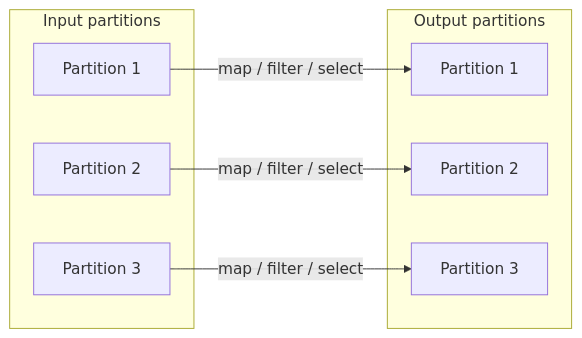
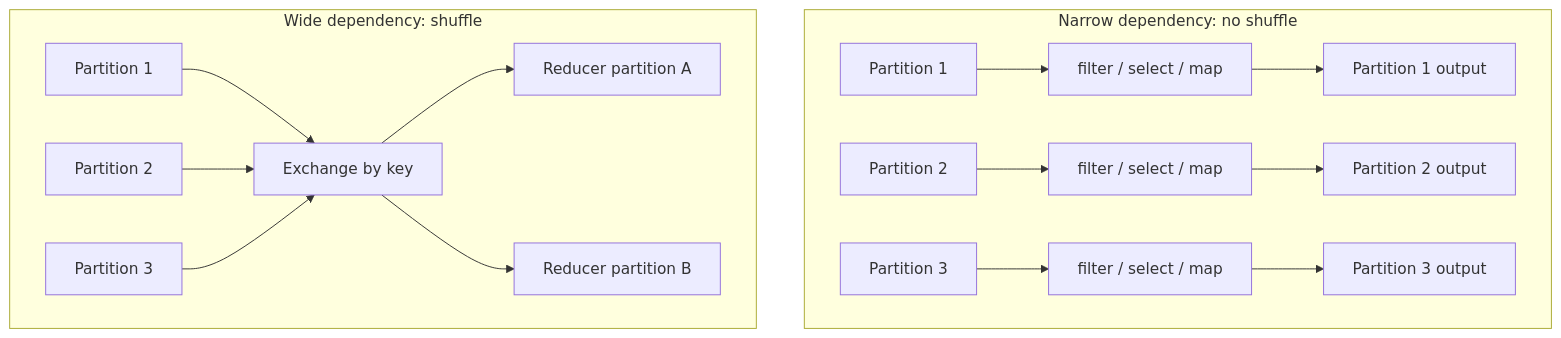
Before and after one commit to Ishan01official/spark-learning-lab: the diagram in diagrams/05_narrow_vs_wide_transformations.md, drawn with Mermaid. The commit also changed other lines of this file and 64 other files, not shown here.

````diff
--- a/diagrams/05_narrow_vs_wide_transformations.md
+++ b/diagrams/05_narrow_vs_wide_transformations.md
@@ -19,16 +15,16 @@
 ```mermaid
-flowchart LR
-    subgraph In["Input partitions"]
-        P1["Partition 1"]
-        P2["Partition 2"]
-        P3["Partition 3"]
+flowchart TB
+    subgraph Narrow["Narrow dependency: no shuffle"]
+        N1["Partition 1"] --> NF1["filter / select / map"] --> NO1["Partition 1 output"]
+        N2["Partition 2"] --> NF2["filter / select / map"] --> NO2["Partition 2 output"]
+        N3["Partition 3"] --> NF3["filter / select / map"] --> NO3["Partition 3 output"]
     end
-    subgraph Out["Output partitions"]
-        Q1["Partition 1"]
-        Q2["Partition 2"]
-        Q3["Partition 3"]
+
+    subgraph Wide["Wide dependency: shuffle"]
+        W1["Partition 1"] --> S["Exchange by key"]
+        W2["Partition 2"] --> S
+        W3["Partition 3"] --> S
+        S --> A["Reducer partition A"]
+        S --> B["Reducer partition B"]
     end
-    P1 -->|"map / filter / select"| Q1
-    P2 -->|"map / filter / select"| Q2
-    P3 -->|"map / filter / select"| Q3
 ```
````
